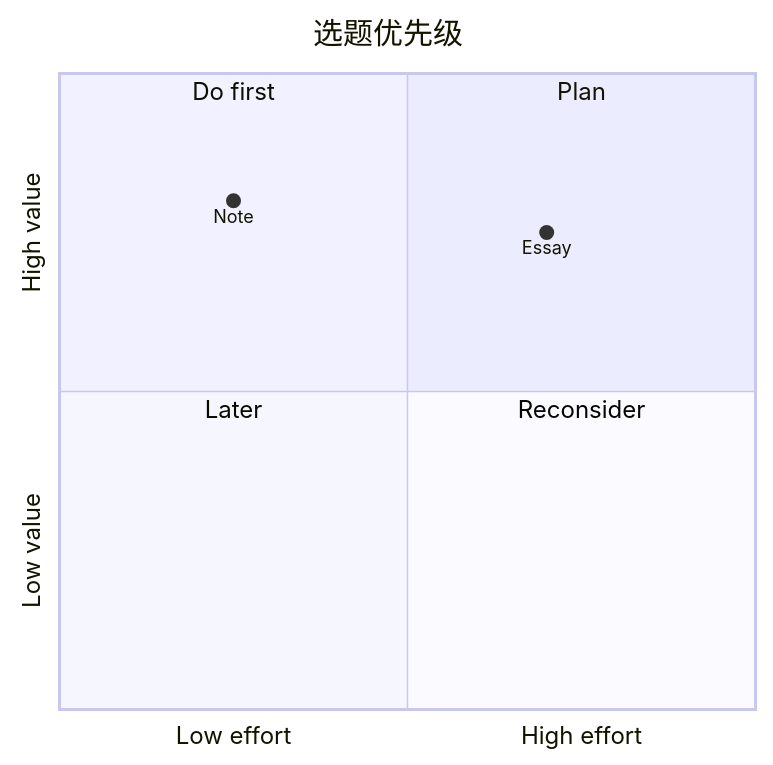
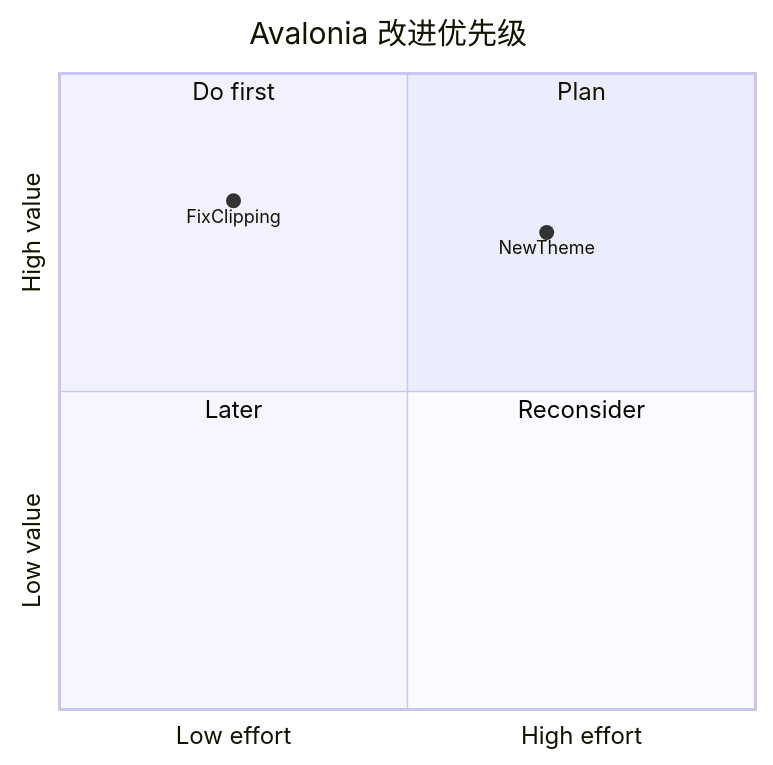
Before and after one commit to dotnet9/Vex: diagram 18 of 24 in docs/演示文档/Mermaid 图表图鉴.md, drawn with Mermaid. The commit also changed other lines of this file and 23 other files, not shown here.

Commit message:
完善(演示文档)：围绕 .NET 与 Avalonia 重编示例并补齐 24 类图表

````diff
--- a/docs/演示文档/Mermaid 图表图鉴.md
+++ b/docs/演示文档/Mermaid 图表图鉴.md
@@ -243,12 +248,12 @@
 ```mermaid
 quadrantChart
-  title 选题优先级
+  title Avalonia 改进优先级
   x-axis Low effort --> High effort
   y-axis Low value --> High value
   quadrant-1 Plan
   quadrant-2 Do first
   quadrant-3 Later
   quadrant-4 Reconsider
-  Note: [0.25, 0.8]
-  Essay: [0.7, 0.75]
+  FixClipping: [0.25, 0.8]
+  NewTheme: [0.7, 0.75]
 ```
````
